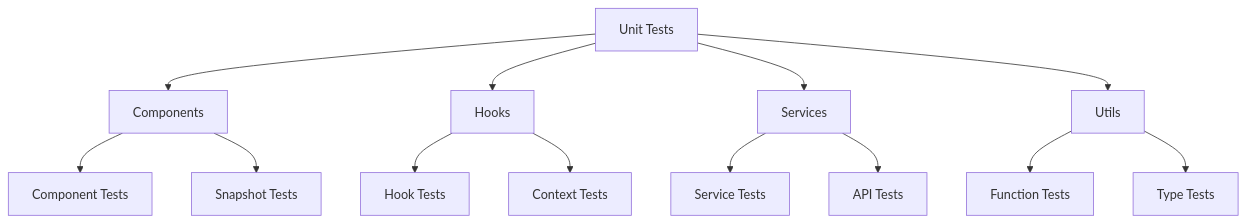
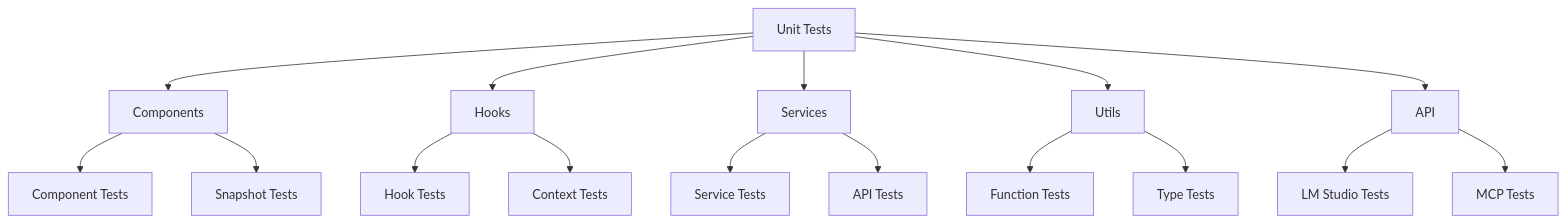
The first of 3 diagrams in docs/testing.md (SimoKiihamaki/cognicore), drawn with Mermaid before and after one commit. The commit also changed other lines of this file and 129 other files, not shown here.

````diff
--- a/docs/testing.md
+++ b/docs/testing.md
@@ -34,19 +42,23 @@
 ```mermaid
 graph TD
     A[Unit Tests] --> B[Components]
     A --> C[Hooks]
     A --> D[Services]
     A --> E[Utils]
+    A --> F[API]
     
     B --> B1[Component Tests]
     B --> B2[Snapshot Tests]
     
     C --> C1[Hook Tests]
     C --> C2[Context Tests]
     
     D --> D1[Service Tests]
     D --> D2[API Tests]
     
     E --> E1[Function Tests]
     E --> E2[Type Tests]
+    
+    F --> F1[LM Studio Tests]
+    F --> F2[MCP Tests]
 ```
````
